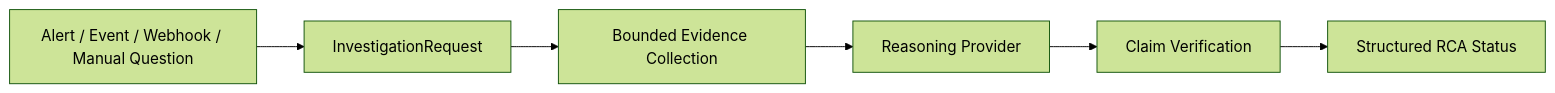
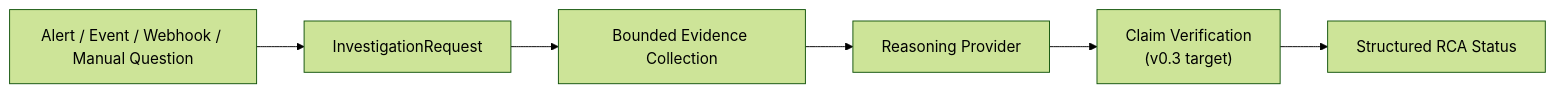
Before and after one commit to FluxSeer/fluxseer-rca: the first of 2 diagrams in README.md, drawn with Mermaid (forest theme). The commit also changed other lines of this file and 6 other files, not shown here.

````diff
--- a/README.md
+++ b/README.md
@@ -35,15 +35,15 @@
 ```mermaid
 flowchart LR
     Signal[Alert / Event / Webhook / Manual Question]
     IR[InvestigationRequest]
     Evidence[Bounded Evidence Collection]
     Reasoning[Reasoning Provider]
-    Verify[Claim Verification]
+    Verify["Claim Verification<br/>(v0.3 target)"]
     RCA[Structured RCA Status]
 
     Signal --> IR
     IR --> Evidence
     Evidence --> Reasoning
     Reasoning --> Verify
     Verify --> RCA
 ```
````
